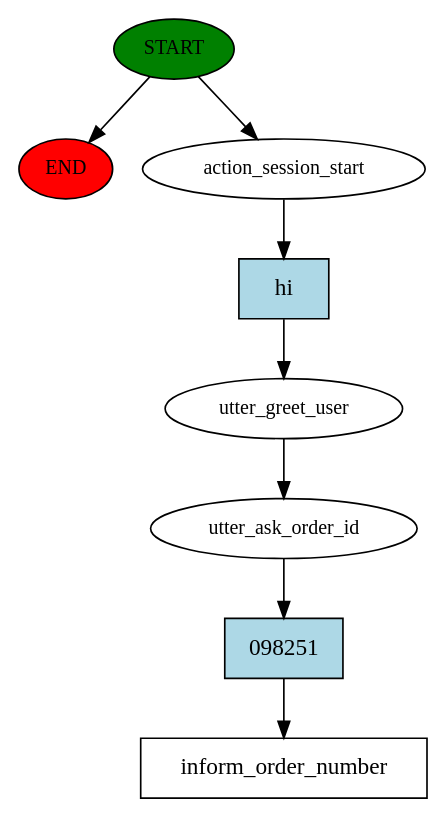
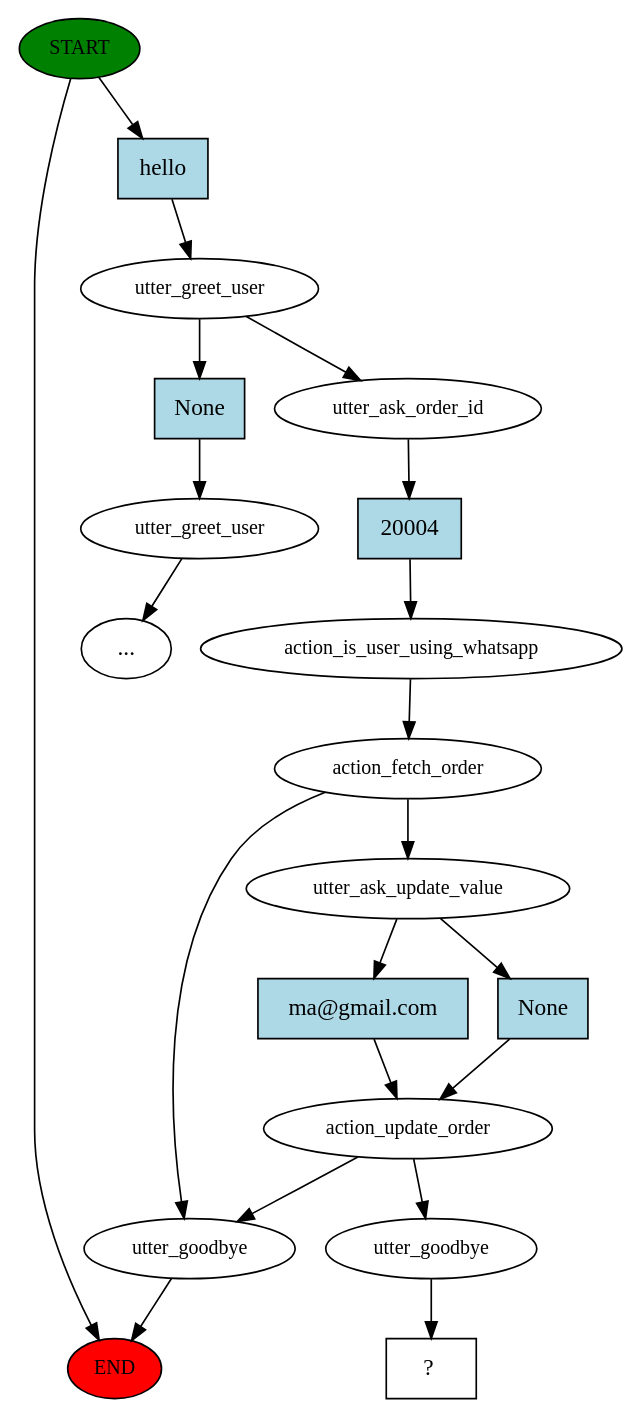
The diagram in story_graph.dot (manavendrasen/Virtual-Assistant-Dell-H2H-Chatbot), drawn with Graphviz before and after one commit. The commit also changed 8 other files, not shown here.

```diff
--- a/story_graph.dot
+++ b/story_graph.dot
@@ -1,17 +1,40 @@
 digraph  {
 0 [class="start active", fillcolor=green, fontsize=12, label=START, style=filled];
 "-1" [class=end, fillcolor=red, fontsize=12, label=END, style=filled];
-1 [class=active, fontsize=12, label=action_session_start];
-2 [class=active, fontsize=12, label=utter_greet_user];
-3 [class=active, fontsize=12, label=utter_ask_order_id];
-4 [class="intent dashed active", label=inform_order_number, shape=rect];
-5 [class="intent active", fillcolor=lightblue, label=hi, shape=rect, style=filled];
-6 [class="intent active", fillcolor=lightblue, label=098251, shape=rect, style=filled];
+1 [class=active, fontsize=12, label=utter_greet_user];
+2 [class=active, fontsize=12, label=utter_ask_order_id];
+3 [class=active, fontsize=12, label=action_is_user_using_whatsapp];
+4 [class=active, fontsize=12, label=action_fetch_order];
+5 [class=active, fontsize=12, label=utter_ask_update_value];
+6 [class=active, fontsize=12, label=action_update_order];
+7 [class="", fontsize=12, label=utter_goodbye];
+14 [class="", fontsize=12, label=utter_greet_user];
+"-3" [class=ellipsis, label="..."];
+28 [class=active, fontsize=12, label=utter_goodbye];
+29 [class="intent dashed active", label="  ?  ", shape=rect];
+30 [class="intent active", fillcolor=lightblue, label=hello, shape=rect, style=filled];
+31 [class=intent, fillcolor=lightblue, label=None, shape=rect, style=filled];
+32 [class="intent active", fillcolor=lightblue, label=20004, shape=rect, style=filled];
+33 [class="intent active", fillcolor=lightblue, label="ma@gmail.com", shape=rect, style=filled];
+34 [class=intent, fillcolor=lightblue, label=None, shape=rect, style=filled];
 0 -> "-1"  [class="", key=NONE, label=""];
-0 -> 1  [class=active, key=NONE, label=""];
-1 -> 5  [class=active, key=0];
-2 -> 3  [class=active, key=NONE, label=""];
-3 -> 6  [class=active, key=0];
-5 -> 2  [class=active, key=0];
-6 -> 4  [class=active, key=0];
+0 -> 30  [class=active, key=0];
+1 -> 2  [class=active, key=NONE, label=""];
+1 -> 31  [class="", key=0];
+2 -> 32  [class=active, key=0];
+3 -> 4  [class=active, key=NONE, label=""];
+4 -> 5  [class=active, key=NONE, label=""];
+4 -> 7  [class="", key=NONE, label=""];
+5 -> 33  [class=active, key=0];
+5 -> 34  [class="", key=0];
+6 -> 7  [class="", key=NONE, label=""];
+6 -> 28  [class=active, key=NONE, label=""];
+7 -> "-1"  [class="", key=NONE, label=""];
+14 -> "-3"  [class="", key=NONE, label=""];
+28 -> 29  [class=active, key=NONE, label=""];
+30 -> 1  [class=active, key=0];
+31 -> 14  [class="", key=0];
+32 -> 3  [class=active, key=0];
+33 -> 6  [class=active, key=0];
+34 -> 6  [class="", key=0];
 }
```
